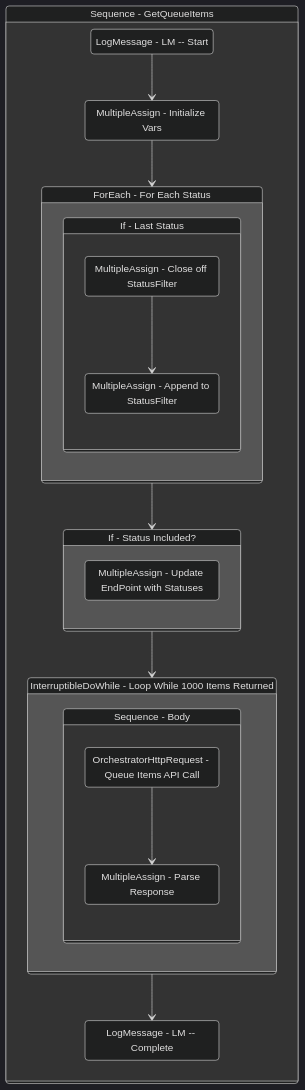
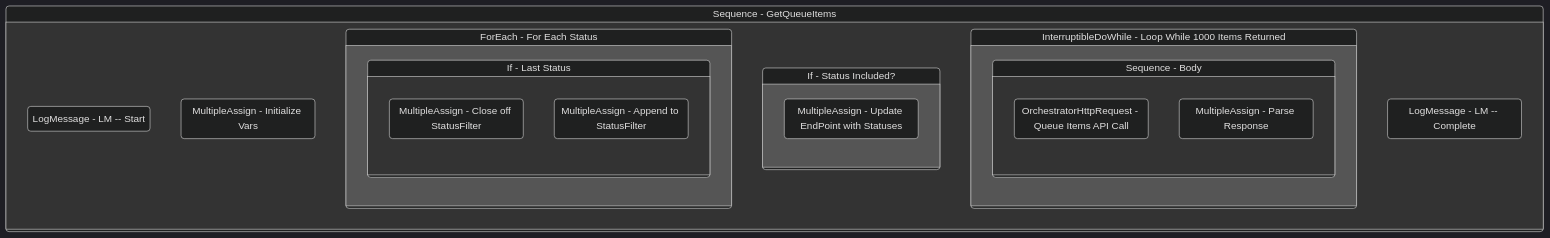
Before and after one commit to yashbrahmbhatt/LazyFramework: the diagram in Documentation/.templates/Reporters/Basic/Orchestrator/GetQueueItems.md, drawn with Mermaid (dark theme). The commit also changed 72 other files, not shown here.

````diff
--- a/Documentation/.templates/Reporters/Basic/Orchestrator/GetQueueItems.md
+++ b/Documentation/.templates/Reporters/Basic/Orchestrator/GetQueueItems.md
@@ -144,46 +144,42 @@
 ```mermaid
 stateDiagram-v2
 
 
 Sequence_1: Sequence - GetQueueItems
 state Sequence_1 {
 direction TB
 LogMessage_1 : LogMessage - LM -- Start
 MultipleAssign_1 : MultipleAssign - Initialize Vars
-LogMessage_1 --> MultipleAssign_1
-MultipleAssign_1 --> ForEach1_1
+
 ForEach1_1: ForEach - For Each Status
 state ForEach1_1 {
 direction TB
 
 If_1: If - Last Status
 state If_1 {
 direction TB
 MultipleAssign_2 : MultipleAssign - Close off StatusFilter
 MultipleAssign_3 : MultipleAssign - Append to StatusFilter
-MultipleAssign_2 --> MultipleAssign_3
 }
 }
-ForEach1_1 --> If_2
+
 If_2: If - Status Included?
 state If_2 {
 direction TB
 MultipleAssign_4 : MultipleAssign - Update EndPoint with Statuses
 }
-If_2 --> InterruptibleDoWhile_1
+
 InterruptibleDoWhile_1: InterruptibleDoWhile - Loop While 1000 Items Returned
 state InterruptibleDoWhile_1 {
 direction TB
 
 Sequence_6: Sequence - Body
 state Sequence_6 {
 direction TB
 OrchestratorHttpRequest_1 : OrchestratorHttpRequest - Queue Items API Call
 MultipleAssign_5 : MultipleAssign - Parse Response
-OrchestratorHttpRequest_1 --> MultipleAssign_5
 }
 }
 LogMessage_2 : LogMessage - LM -- Complete
-InterruptibleDoWhile_1 --> LogMessage_2
 }
 ```
````
